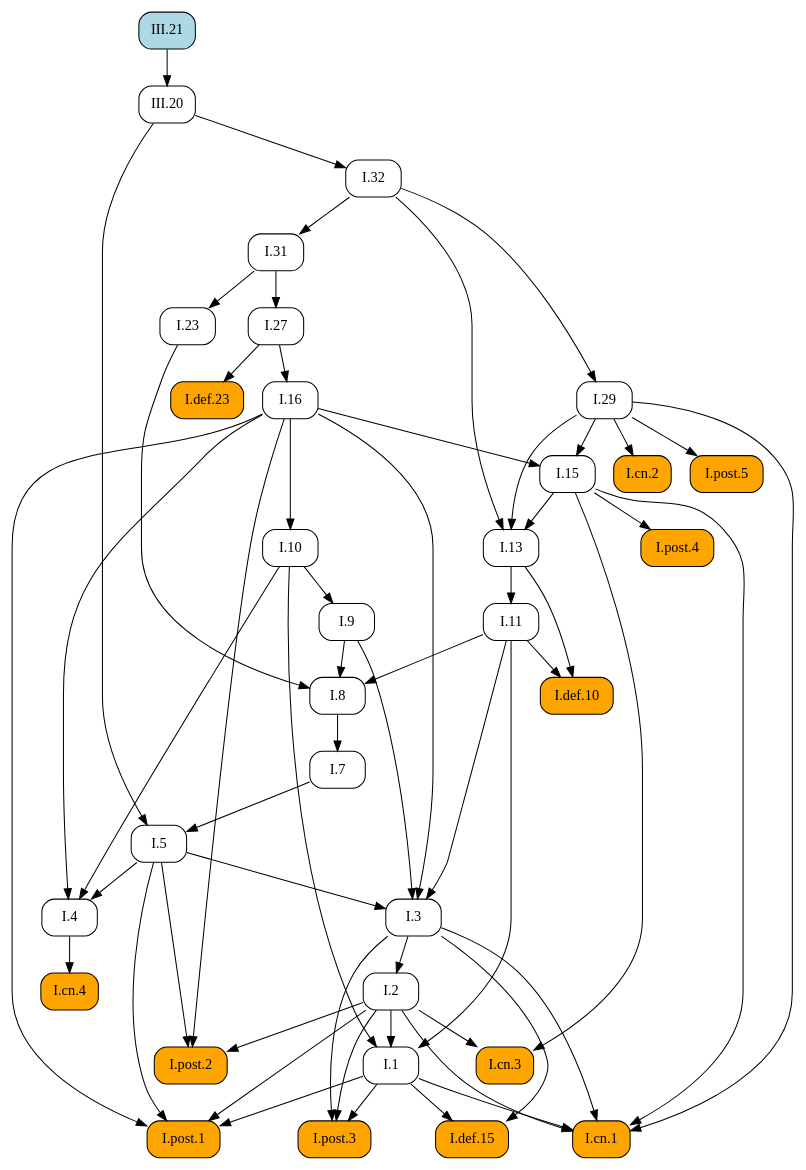
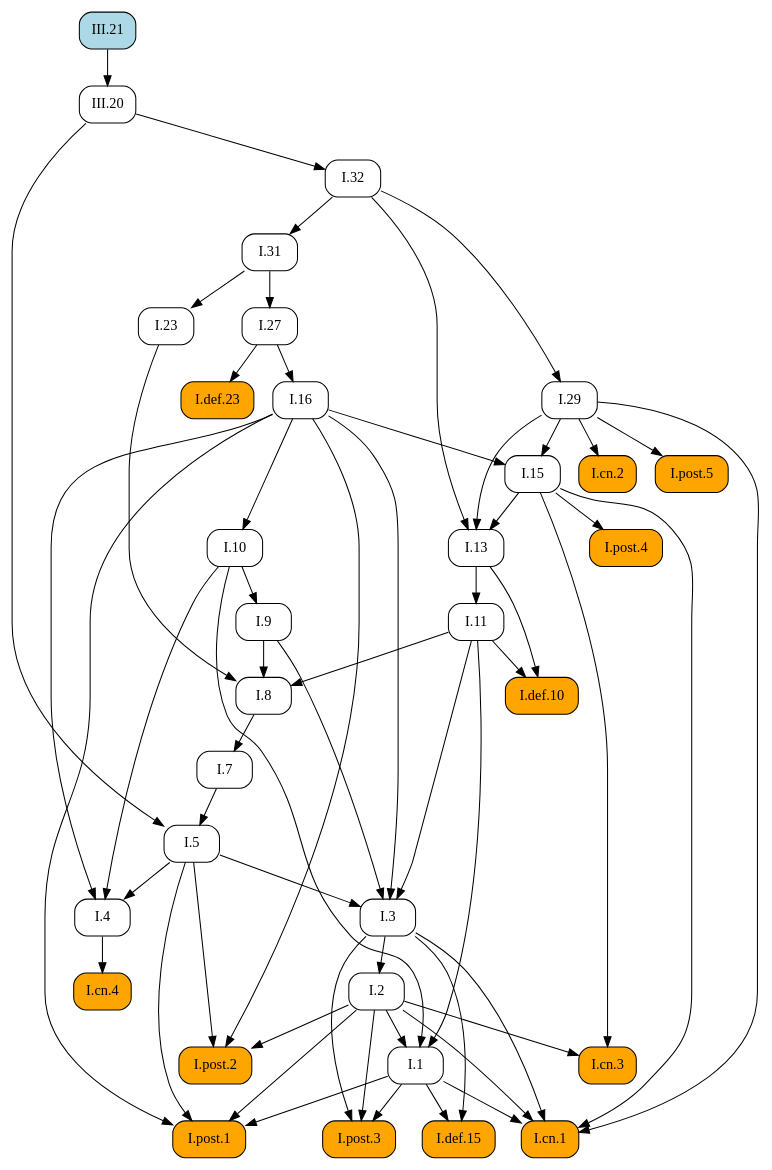
The diagram in docsrc/elements2/III/21/index.rst (geometor/elements), drawn with Graphviz before and after one commit. The commit also changed other lines of this file and 409 other files, not shown here.

First line of the commit message:
feat: Add image cropping and graphic extraction script

```diff
--- a/docsrc/elements2/III/21/index.rst
+++ b/docsrc/elements2/III/21/index.rst
@@ -50,94 +50,94 @@
    digraph {
      rankdir="TB";
      node [shape=box, style=rounded];
+     "I.def.15" [style="rounded,filled", fillcolor=orange, URL="/elements2/I/def.15/", target="_top"];
+     "I.31" [URL="/elements2/I/31/", target="_top"];
+     "I.def.10" [style="rounded,filled", fillcolor=orange, URL="/elements2/I/def.10/", target="_top"];
+     "I.11" [URL="/elements2/I/11/", target="_top"];
      "I.8" [URL="/elements2/I/8/", target="_top"];
+     "I.def.23" [style="rounded,filled", fillcolor=orange, URL="/elements2/I/def.23/", target="_top"];
+     "I.5" [URL="/elements2/I/5/", target="_top"];
+     "I.15" [URL="/elements2/I/15/", target="_top"];
+     "I.post.5" [style="rounded,filled", fillcolor=orange, URL="/elements2/I/post.5/", target="_top"];
+     "I.3" [URL="/elements2/I/3/", target="_top"];
+     "I.cn.2" [style="rounded,filled", fillcolor=orange, URL="/elements2/I/cn.2/", target="_top"];
+     "I.10" [URL="/elements2/I/10/", target="_top"];
+     "III.21" [style="rounded,filled", fillcolor=lightblue, URL="/elements2/III/21/", target="_top"];
+     "I.cn.3" [style="rounded,filled", fillcolor=orange, URL="/elements2/I/cn.3/", target="_top"];
+     "I.cn.1" [style="rounded,filled", fillcolor=orange, URL="/elements2/I/cn.1/", target="_top"];
+     "I.13" [URL="/elements2/I/13/", target="_top"];
      "I.32" [URL="/elements2/I/32/", target="_top"];
-     "I.1" [URL="/elements2/I/1/", target="_top"];
-     "I.cn.4" [style="rounded,filled", fillcolor=orange, URL="/elements2/I/cn.4/", target="_top"];
-     "I.cn.3" [style="rounded,filled", fillcolor=orange, URL="/elements2/I/cn.3/", target="_top"];
+     "I.4" [URL="/elements2/I/4/", target="_top"];
+     "I.post.3" [style="rounded,filled", fillcolor=orange, URL="/elements2/I/post.3/", target="_top"];
+     "I.7" [URL="/elements2/I/7/", target="_top"];
+     "I.9" [URL="/elements2/I/9/", target="_top"];
+     "I.29" [URL="/elements2/I/29/", target="_top"];
+     "I.23" [URL="/elements2/I/23/", target="_top"];
+     "I.16" [URL="/elements2/I/16/", target="_top"];
+     "I.post.1" [style="rounded,filled", fillcolor=orange, URL="/elements2/I/post.1/", target="_top"];
      "III.20" [URL="/elements2/III/20/", target="_top"];
-     "I.7" [URL="/elements2/I/7/", target="_top"];
-     "III.21" [style="rounded,filled", fillcolor=lightblue, URL="/elements2/III/21/", target="_top"];
-     "I.post.1" [style="rounded,filled", fillcolor=orange, URL="/elements2/I/post.1/", target="_top"];
-     "I.9" [URL="/elements2/I/9/", target="_top"];
-     "I.5" [URL="/elements2/I/5/", target="_top"];
-     "I.post.5" [style="rounded,filled", fillcolor=orange, URL="/elements2/I/post.5/", target="_top"];
-     "I.cn.1" [style="rounded,filled", fillcolor=orange, URL="/elements2/I/cn.1/", target="_top"];
-     "I.29" [URL="/elements2/I/29/", target="_top"];
-     "I.def.10" [style="rounded,filled", fillcolor=orange, URL="/elements2/I/def.10/", target="_top"];
-     "I.post.4" [style="rounded,filled", fillcolor=orange, URL="/elements2/I/post.4/", target="_top"];
-     "I.16" [URL="/elements2/I/16/", target="_top"];
-     "I.cn.2" [style="rounded,filled", fillcolor=orange, URL="/elements2/I/cn.2/", target="_top"];
-     "I.13" [URL="/elements2/I/13/", target="_top"];
      "I.2" [URL="/elements2/I/2/", target="_top"];
      "I.27" [URL="/elements2/I/27/", target="_top"];
-     "I.def.15" [style="rounded,filled", fillcolor=orange, URL="/elements2/I/def.15/", target="_top"];
-     "I.4" [URL="/elements2/I/4/", target="_top"];
-     "I.def.23" [style="rounded,filled", fillcolor=orange, URL="/elements2/I/def.23/", target="_top"];
-     "I.31" [URL="/elements2/I/31/", target="_top"];
-     "I.11" [URL="/elements2/I/11/", target="_top"];
-     "I.10" [URL="/elements2/I/10/", target="_top"];
-     "I.15" [URL="/elements2/I/15/", target="_top"];
-     "I.3" [URL="/elements2/I/3/", target="_top"];
+     "I.cn.4" [style="rounded,filled", fillcolor=orange, URL="/elements2/I/cn.4/", target="_top"];
+     "I.post.4" [style="rounded,filled", fillcolor=orange, URL="/elements2/I/post.4/", target="_top"];
+     "I.1" [URL="/elements2/I/1/", target="_top"];
      "I.post.2" [style="rounded,filled", fillcolor=orange, URL="/elements2/I/post.2/", target="_top"];
-     "I.23" [URL="/elements2/I/23/", target="_top"];
-     "I.post.3" [style="rounded,filled", fillcolor=orange, URL="/elements2/I/post.3/", target="_top"];
+     "I.1" -> "I.def.15";
+     "I.3" -> "I.def.15";
+     "I.32" -> "I.31";
+     "I.11" -> "I.def.10";
+     "I.13" -> "I.def.10";
+     "I.13" -> "I.11";
      "I.9" -> "I.8";
      "I.11" -> "I.8";
      "I.23" -> "I.8";
-     "III.20" -> "I.32";
-     "I.2" -> "I.1";
-     "I.10" -> "I.1";
-     "I.11" -> "I.1";
-     "I.4" -> "I.cn.4";
+     "I.27" -> "I.def.23";
+     "I.7" -> "I.5";
+     "III.20" -> "I.5";
+     "I.16" -> "I.15";
+     "I.29" -> "I.15";
+     "I.29" -> "I.post.5";
+     "I.5" -> "I.3";
+     "I.9" -> "I.3";
+     "I.11" -> "I.3";
+     "I.16" -> "I.3";
+     "I.29" -> "I.cn.2";
+     "I.16" -> "I.10";
      "I.2" -> "I.cn.3";
      "I.15" -> "I.cn.3";
-     "III.21" -> "III.20";
-     "I.8" -> "I.7";
-     "I.1" -> "I.post.1";
-     "I.2" -> "I.post.1";
-     "I.5" -> "I.post.1";
-     "I.16" -> "I.post.1";
-     "I.10" -> "I.9";
-     "I.7" -> "I.5";
-     "III.20" -> "I.5";
-     "I.29" -> "I.post.5";
      "I.1" -> "I.cn.1";
      "I.2" -> "I.cn.1";
      "I.3" -> "I.cn.1";
      "I.15" -> "I.cn.1";
      "I.29" -> "I.cn.1";
-     "I.32" -> "I.29";
-     "I.11" -> "I.def.10";
-     "I.13" -> "I.def.10";
-     "I.15" -> "I.post.4";
-     "I.27" -> "I.16";
-     "I.29" -> "I.cn.2";
      "I.15" -> "I.13";
      "I.29" -> "I.13";
      "I.32" -> "I.13";
-     "I.3" -> "I.2";
-     "I.31" -> "I.27";
-     "I.1" -> "I.def.15";
-     "I.3" -> "I.def.15";
+     "III.20" -> "I.32";
      "I.5" -> "I.4";
      "I.10" -> "I.4";
      "I.16" -> "I.4";
-     "I.27" -> "I.def.23";
-     "I.32" -> "I.31";
-     "I.13" -> "I.11";
-     "I.16" -> "I.10";
-     "I.16" -> "I.15";
-     "I.29" -> "I.15";
-     "I.5" -> "I.3";
-     "I.9" -> "I.3";
-     "I.11" -> "I.3";
-     "I.16" -> "I.3";
+     "I.1" -> "I.post.3";
+     "I.2" -> "I.post.3";
+     "I.3" -> "I.post.3";
+     "I.8" -> "I.7";
+     "I.10" -> "I.9";
+     "I.32" -> "I.29";
+     "I.31" -> "I.23";
+     "I.27" -> "I.16";
+     "I.1" -> "I.post.1";
+     "I.2" -> "I.post.1";
+     "I.5" -> "I.post.1";
+     "I.16" -> "I.post.1";
+     "III.21" -> "III.20";
+     "I.3" -> "I.2";
+     "I.31" -> "I.27";
+     "I.4" -> "I.cn.4";
+     "I.15" -> "I.post.4";
+     "I.2" -> "I.1";
+     "I.10" -> "I.1";
+     "I.11" -> "I.1";
      "I.2" -> "I.post.2";
      "I.5" -> "I.post.2";
      "I.16" -> "I.post.2";
-     "I.31" -> "I.23";
-     "I.1" -> "I.post.3";
-     "I.2" -> "I.post.3";
-     "I.3" -> "I.post.3";
    }
```
